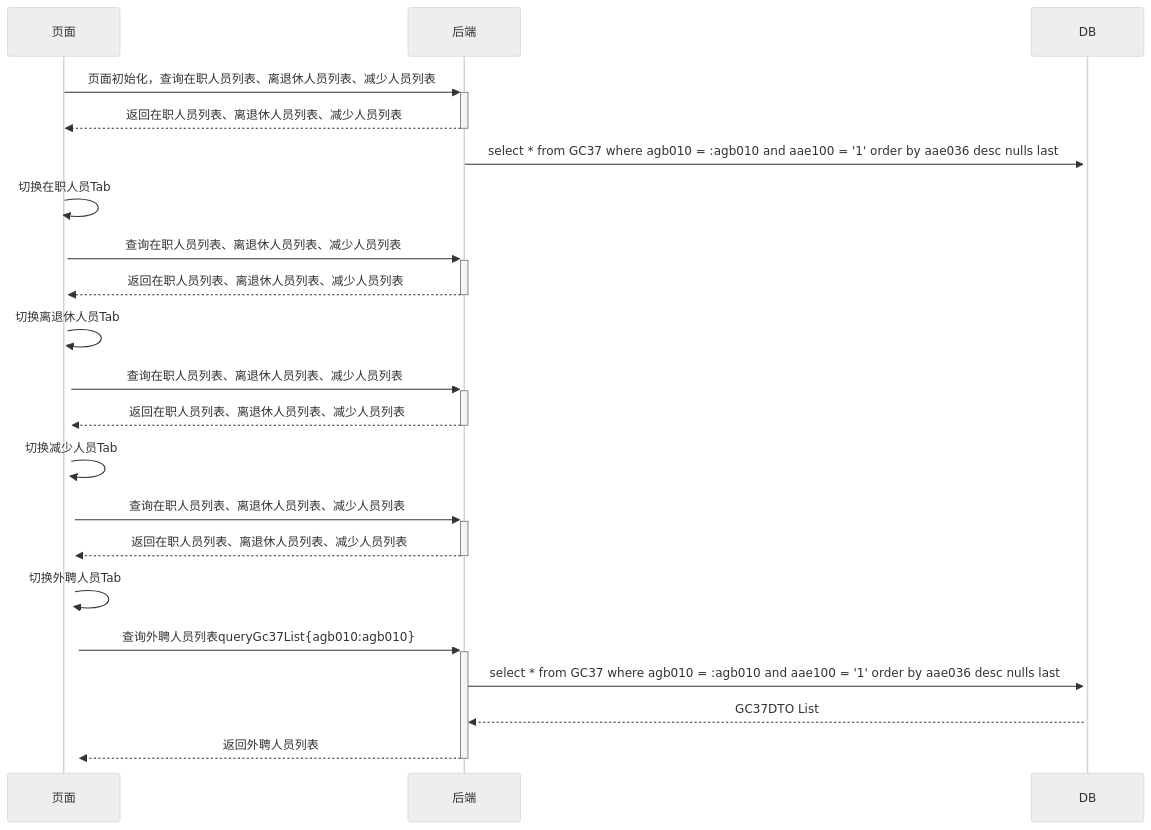
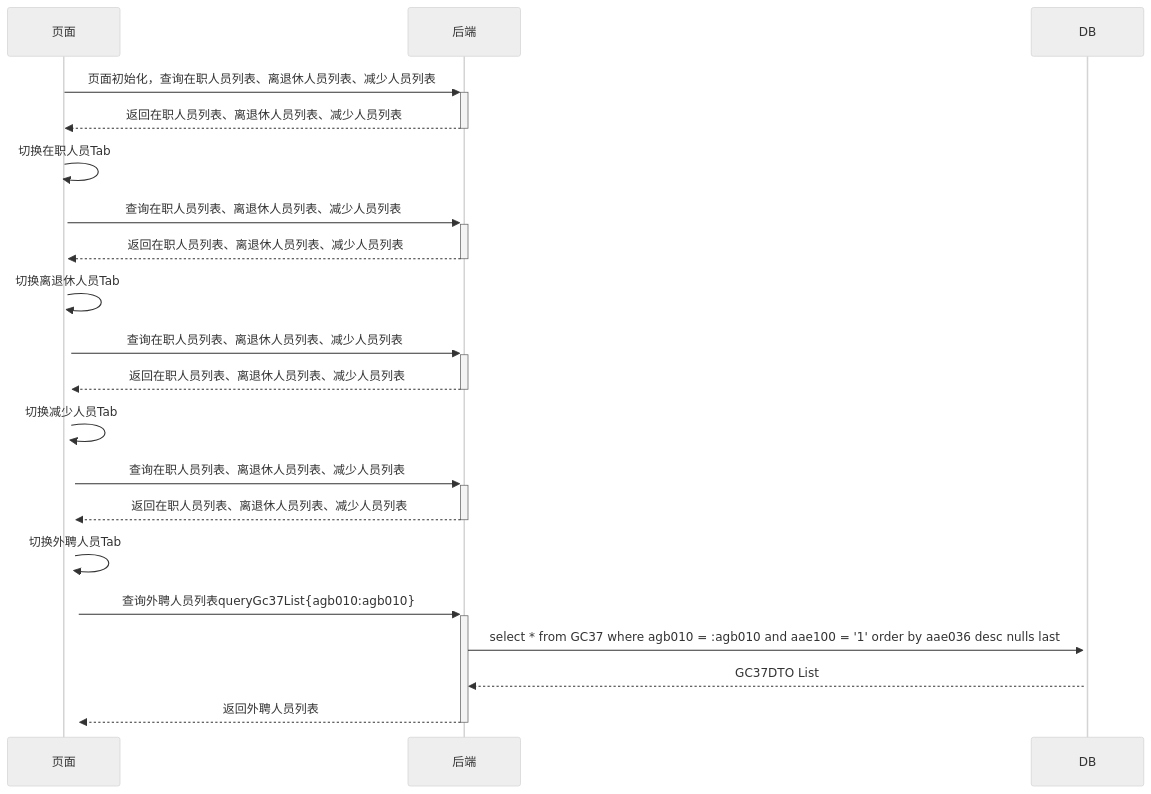
One commit to ZhangJianBeiJing/iodraw-files changed the diagram in all/人员基本信息初始化页面多Tab调用业务流程.md. Above: the diagram before and after it, drawn with Mermaid (neutral theme).

Commit message:
2025-03-25 10:30:55 update

````diff
--- a/all/人员基本信息初始化页面多Tab调用业务流程.md
+++ b/all/人员基本信息初始化页面多Tab调用业务流程.md
@@ -1,20 +1,20 @@
 ```mermaid
 sequenceDiagram
     页面->>+后端: 页面初始化，查询在职人员列表、离退休人员列表、减少人员列表
+    
     后端-->>-页面:返回在职人员列表、离退休人员列表、减少人员列表
-    后端->>+DB:select * from GC37 where agb010 = :agb010 and aae100 = '1' order by aae036 desc nulls last
     页面->>+页面:切换在职人员Tab
     页面->>+后端:查询在职人员列表、离退休人员列表、减少人员列表
     后端-->>-页面:返回在职人员列表、离退休人员列表、减少人员列表
     页面->>+页面:切换离退休人员Tab
     页面->>+后端:查询在职人员列表、离退休人员列表、减少人员列表
     后端-->>-页面:返回在职人员列表、离退休人员列表、减少人员列表
     页面->>+页面:切换减少人员Tab
     页面->>+后端:查询在职人员列表、离退休人员列表、减少人员列表
     后端-->>-页面:返回在职人员列表、离退休人员列表、减少人员列表
     页面->>+页面:切换外聘人员Tab
     页面->>+后端:查询外聘人员列表queryGc37List{agb010:agb010}
     后端->>+DB:select * from GC37 where agb010 = :agb010 and aae100 = '1' order by aae036 desc nulls last
     DB-->>后端:GC37DTO List 
     后端-->>-页面:返回外聘人员列表
 ```
````
